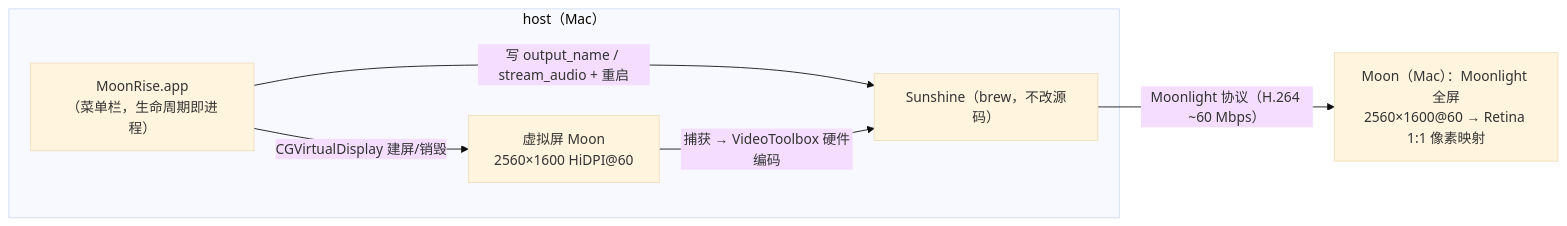
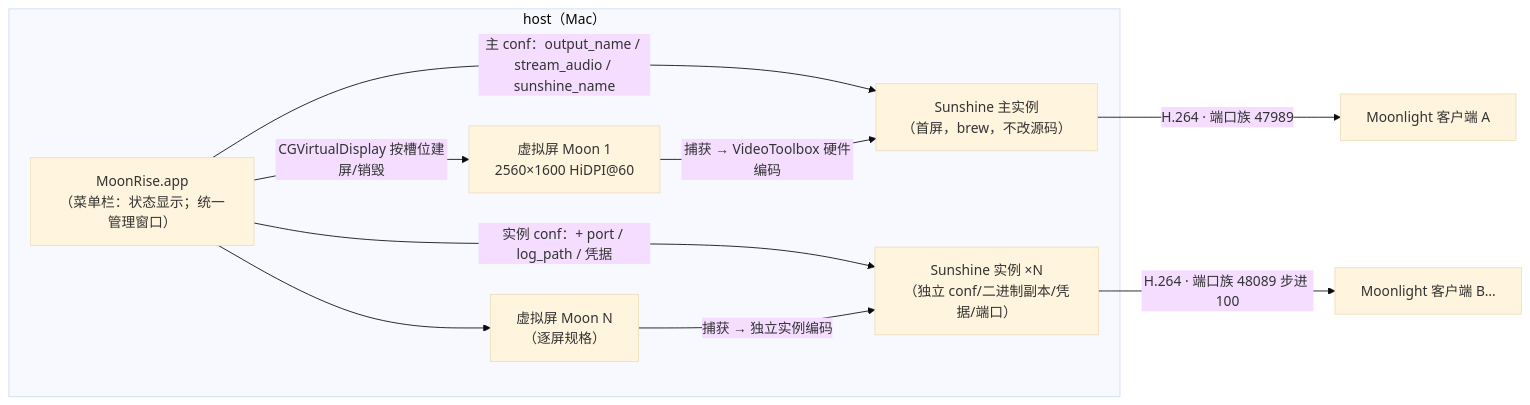
One commit to rexzhang/moonrise changed the first of 2 diagrams in docs/architecture.md. Above: the diagram before and after it, drawn with Mermaid (base theme). The commit also changed other lines of this file and 46 other files, not shown here.

````diff
--- a/docs/architecture.md
+++ b/docs/architecture.md
@@ -7,12 +7,18 @@
 ```mermaid
 flowchart LR
     subgraph host["host（Mac）"]
-        app["MoonRise.app<br/>（菜单栏，生命周期即进程）"]
-        screen["虚拟屏 Moon<br/>2560×1600 HiDPI@60"]
-        sunshine["Sunshine（brew，不改源码）"]
-        app -->|"CGVirtualDisplay 建屏/销毁"| screen
-        app -->|"写 output_name / stream_audio + 重启"| sunshine
-        screen -->|"捕获 → VideoToolbox 硬件编码"| sunshine
+        app["MoonRise.app<br/>（菜单栏：状态显示；统一管理窗口）"]
+        s1["虚拟屏 Moon 1<br/>2560×1600 HiDPI@60"]
+        s2["虚拟屏 Moon N<br/>（逐屏规格）"]
+        main["Sunshine 主实例<br/>（首屏，brew，不改源码）"]
+        inst["Sunshine 实例 ×N<br/>（独立 conf/二进制副本/凭据/端口）"]
+        app -->|"CGVirtualDisplay 按槽位建屏/销毁"| s1
+        app --> s2
+        app -->|"主 conf：output_name / stream_audio / sunshine_name"| main
+        app -->|"实例 conf：+ port / log_path / 凭据"| inst
+        s1 -->|"捕获 → VideoToolbox 硬件编码"| main
+        s2 -->|"捕获 → 独立实例编码"| inst
     end
-    sunshine -->|"Moonlight 协议（H.264 ~60 Mbps）"| moon["Moon（Mac）：Moonlight 全屏<br/>2560×1600@60 → Retina 1:1 像素映射"]
+    main -->|"H.264 · 端口族 47989"| c1["Moonlight 客户端 A"]
+    inst -->|"H.264 · 端口族 48089 步进 100"| c2["Moonlight 客户端 B…"]
 ```
````
